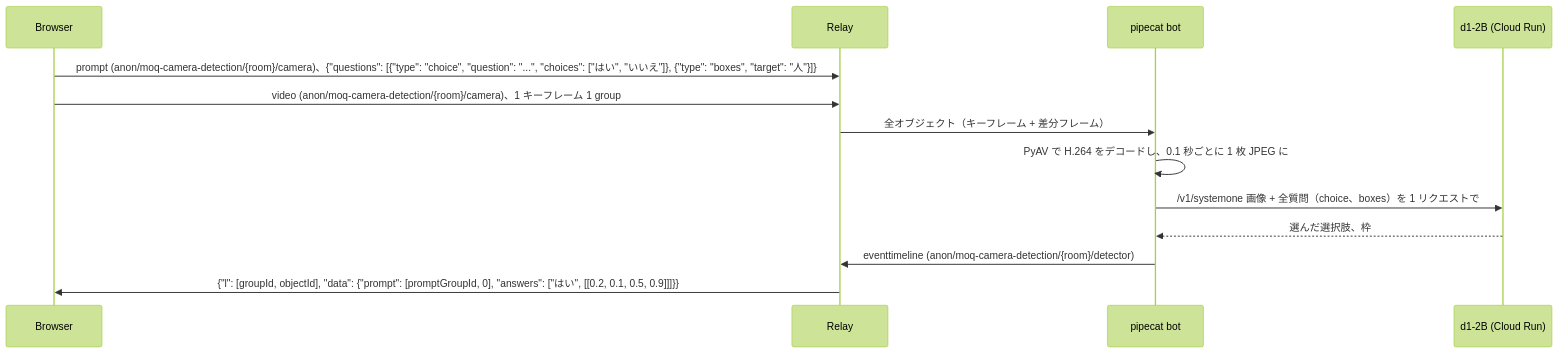
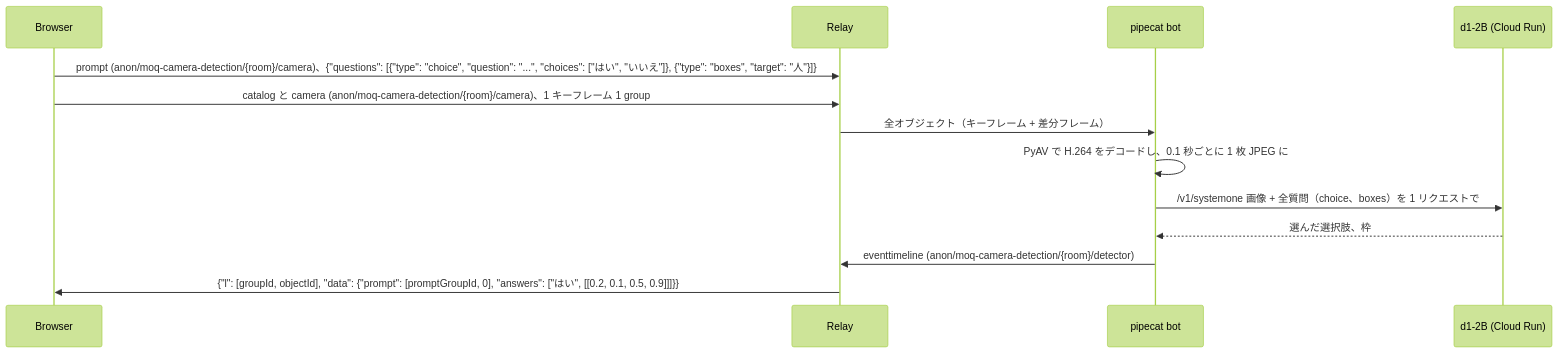
One commit to nttcom/moq-wasm changed the diagram in examples/python/moq-camera-detection/README.md. Above: the diagram before and after it, drawn with Mermaid (forest theme). The commit also changed other lines of this file and 3 other files, not shown here.

First line of the commit message:
feat(camera-detection): find the camera's video track in its catalog

````diff
--- a/examples/python/moq-camera-detection/README.md
+++ b/examples/python/moq-camera-detection/README.md
@@ -8,15 +8,15 @@
 ```mermaid
 sequenceDiagram
     participant B as Browser
     participant R as Relay
     participant P as pipecat bot
     participant D as d1-2B (Cloud Run)
     B->>R: prompt (anon/moq-camera-detection/{room}/camera)、{"questions": [{"type": "choice", "question": "...", "choices": ["はい", "いいえ"]}, {"type": "boxes", "target": "人"}]}
-    B->>R: video (anon/moq-camera-detection/{room}/camera)、1 キーフレーム 1 group
+    B->>R: catalog と camera (anon/moq-camera-detection/{room}/camera)、1 キーフレーム 1 group
     R->>P: 全オブジェクト（キーフレーム + 差分フレーム）
     P->>P: PyAV で H.264 をデコードし、0.1 秒ごとに 1 枚 JPEG に
     P->>D: /v1/systemone 画像 + 全質問（choice、boxes）を 1 リクエストで
     D-->>P: 選んだ選択肢、枠
     P->>R: eventtimeline (anon/moq-camera-detection/{room}/detector)
     R->>B: {"l": [groupId, objectId], "data": {"prompt": [promptGroupId, 0], "answers": ["はい", [[0.2, 0.1, 0.5, 0.9]]]}}
 ```
````
